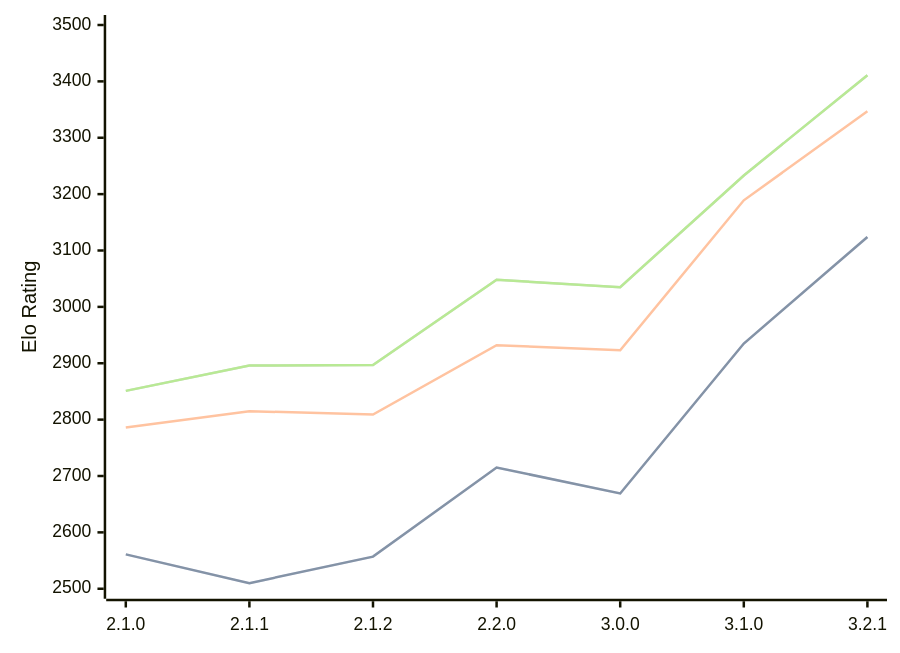
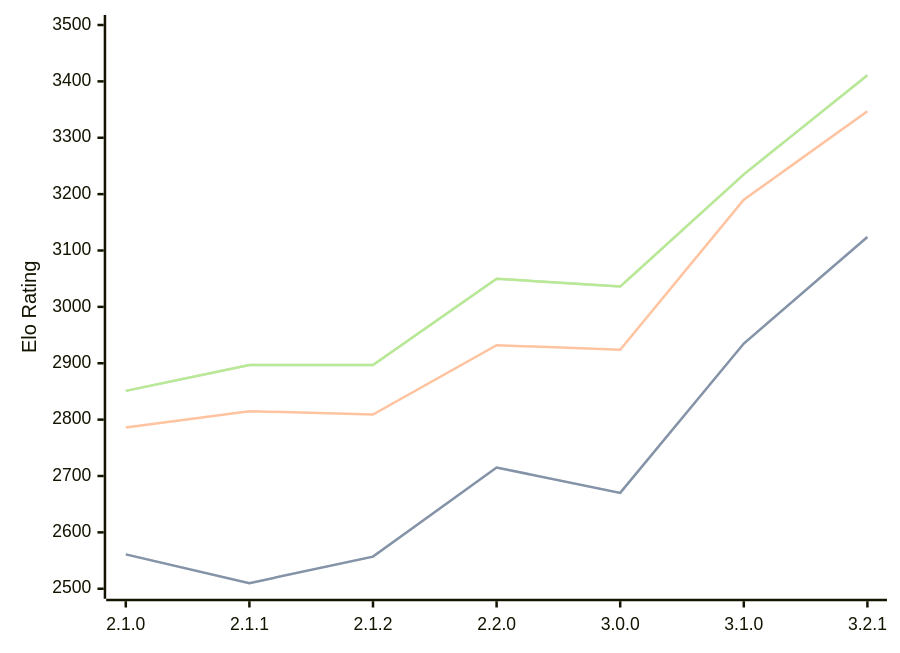
Before and after one commit to computer-chess-index/cci: the diagram in engines/Prune.md, drawn with Mermaid. The commit also changed other lines of this file, not shown here.

Commit message:
Update CCI Ratings (ELO VLTC) - 2026-04-07

````diff
--- a/engines/Prune.md
+++ b/engines/Prune.md
@@ -42,11 +42,11 @@
 ```mermaid
 %%{init: {"theme":"base","themeVariables":{"seriesColors:['#a3a3a3','#222221','#faa371']}}}%%
 xychart-beta
   x-axis ["2.1.0", "2.1.1", "2.1.2", "2.2.0", "3.0.0", "3.1.0", "3.2.1"]
   y-axis "Elo Rating" 2500 --> 3500
-  line "STC (8.0+0.08s)" [2561, 2510, 2557, 2715, 2669, 2935, 3124]
-  line "STC (8.0+0.08s)" [2561, 2510, 2557, 2715, 2669, 2935, 3124]
-  line "LTC (60.0+0.60s)" [2786, 2815, 2809, 2932, 2923, 3189, 3347]
-  line "VLTC (2m24s+1.12s)" [2851, 2896, 2897, 3048, 3035, 3233, 3411]
-  line "VLTC (2m24s+1.12s)" [2851, 2896, 2897, 3048, 3035, 3233, 3411]
+  line "STC (8.0+0.08s)" [2561, 2510, 2557, 2715, 2670, 2935, 3124]
+  line "STC (8.0+0.08s)" [2561, 2510, 2557, 2715, 2670, 2935, 3124]
+  line "LTC (60.0+0.60s)" [2786, 2815, 2809, 2932, 2924, 3190, 3347]
+  line "VLTC (2m24s+1.12s)" [2851, 2897, 2897, 3050, 3036, 3235, 3411]
+  line "VLTC (2m24s+1.12s)" [2851, 2897, 2897, 3050, 3036, 3235, 3411]
 ```
````
